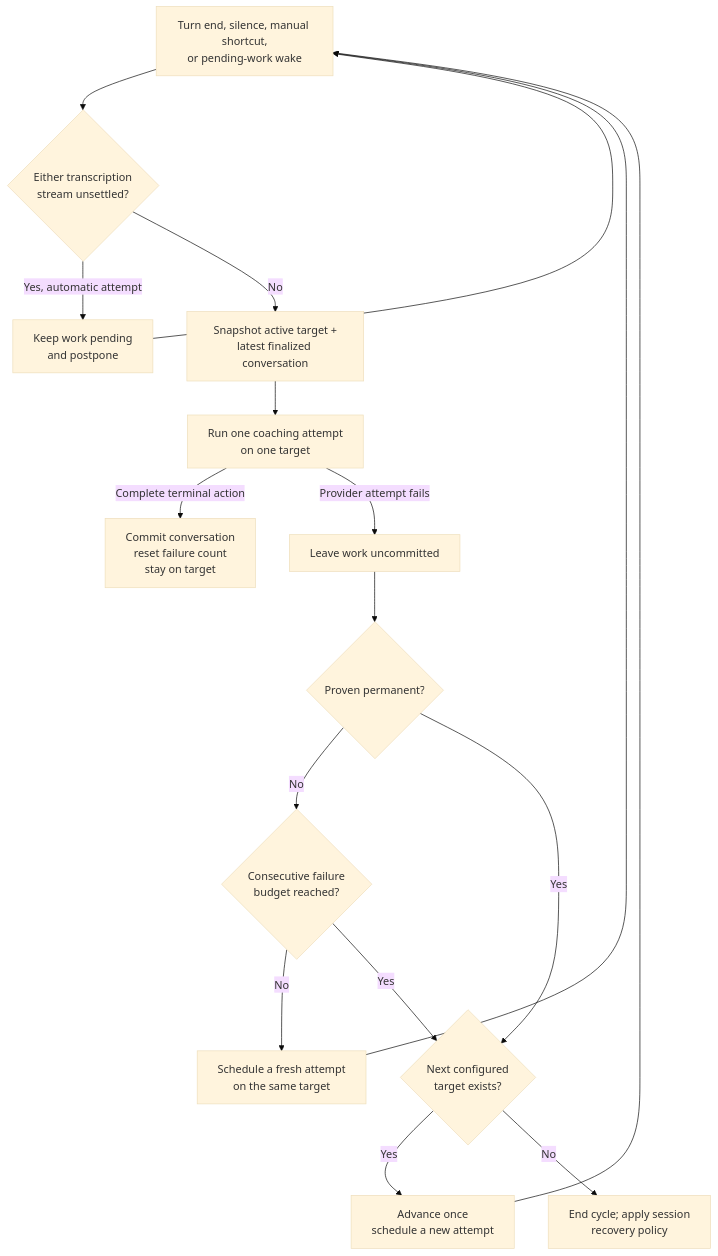
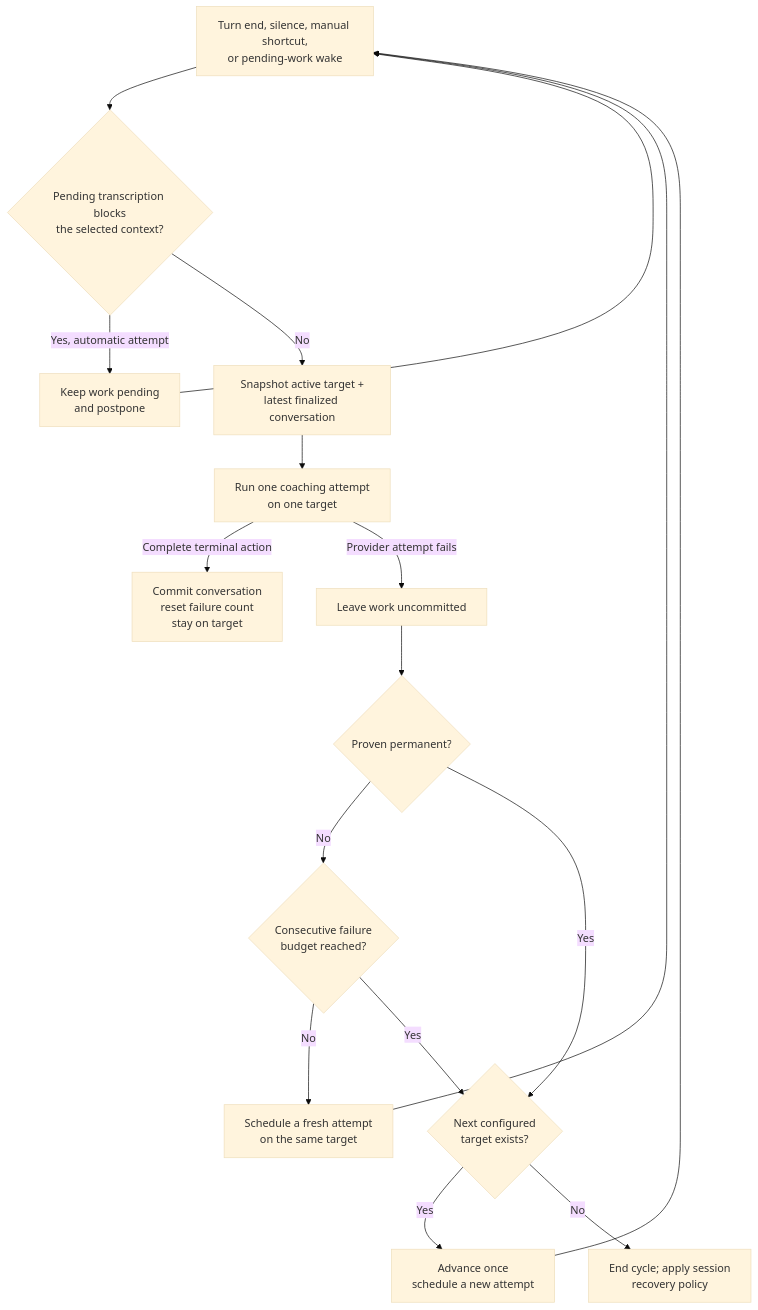
The diagram in wiki/architecture.md (JINGBANZ/jarvis), drawn with Mermaid (base theme) before and after one commit. The commit also changed other lines of this file and 20 other files, not shown here.

````diff
--- a/wiki/architecture.md
+++ b/wiki/architecture.md
@@ -736,19 +746,19 @@
 ```mermaid
 flowchart TD
-    T[Turn end, silence, manual shortcut,<br/>or pending-work wake] --> S{Either transcription<br/>stream unsettled?}
+    T[Turn end, silence, manual shortcut,<br/>or pending-work wake] --> S{Pending transcription blocks<br/>the selected context?}
     S -- Yes, automatic attempt --> P[Keep work pending<br/>and postpone]
     S -- No --> A[Snapshot active target +<br/>latest finalized conversation]
     A --> R[Run one coaching attempt<br/>on one target]
     R -- Complete terminal action --> C[Commit conversation<br/>reset failure count<br/>stay on target]
     R -- Provider attempt fails --> U[Leave work uncommitted]
     U --> D{Proven permanent?}
     D -- No --> B{Consecutive failure<br/>budget reached?}
     B -- No --> W[Schedule a fresh attempt<br/>on the same target]
     D -- Yes --> N{Next configured<br/>target exists?}
     B -- Yes --> N
     N -- Yes --> F[Advance once<br/>schedule a new attempt]
     N -- No --> X[End cycle; apply session<br/>recovery policy]
     W --> T
     F --> T
     P --> T
 ```
````
